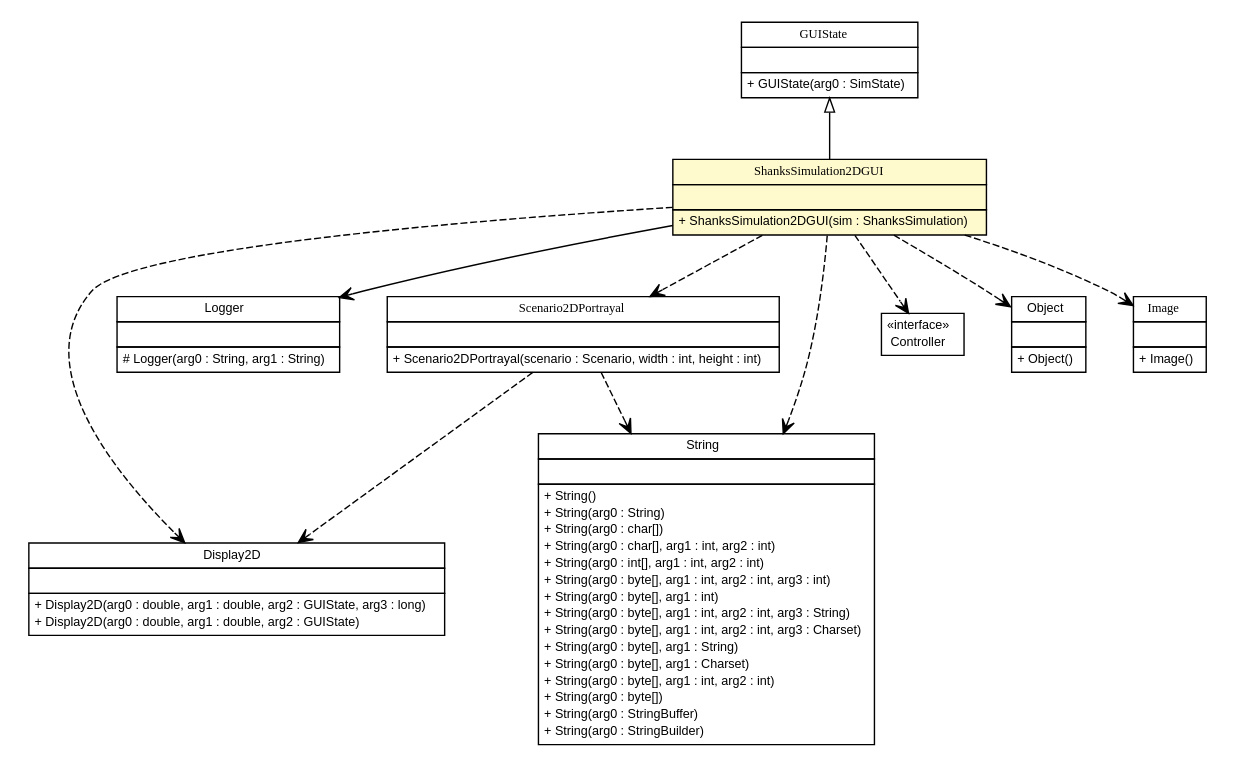
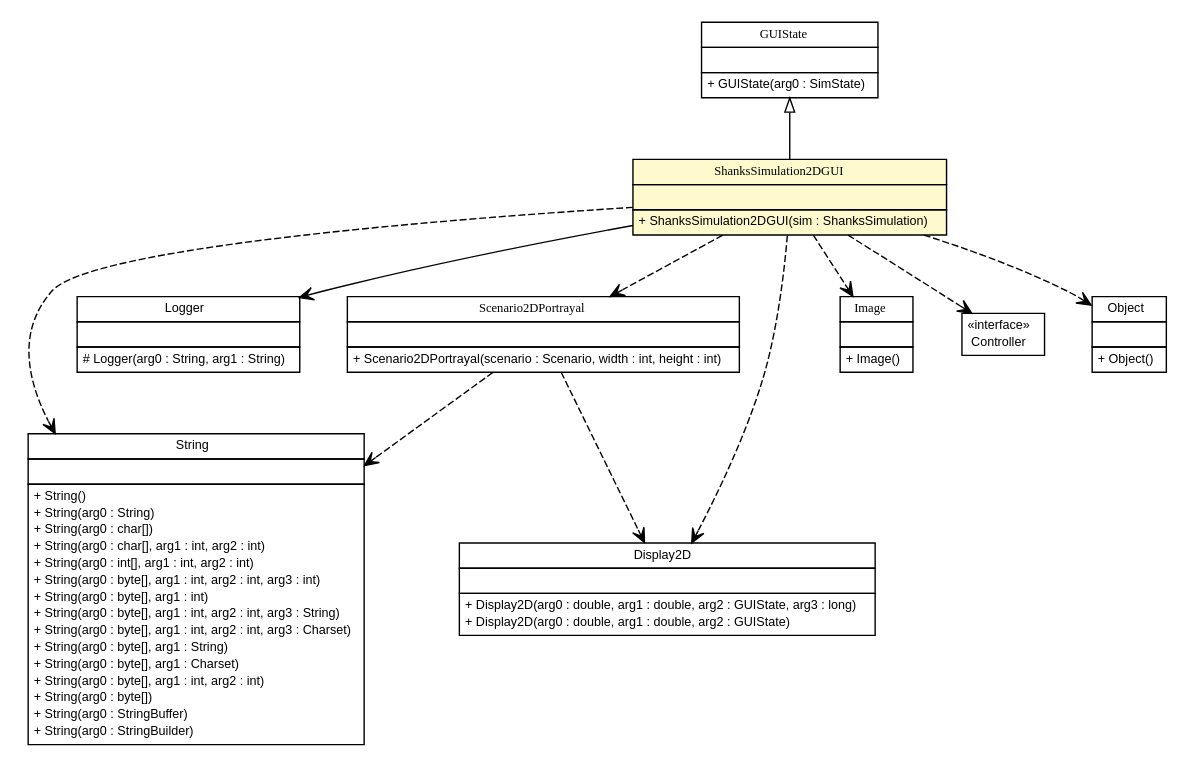
Before and after one commit to gsi-upm/Shanks: the diagram in apidocs/es/upm/dit/gsi/shanks/ShanksSimulation2DGUI.dot, drawn with Graphviz. The commit also changed 897 other files, not shown here.

```diff
--- a/apidocs/es/upm/dit/gsi/shanks/ShanksSimulation2DGUI.dot
+++ b/apidocs/es/upm/dit/gsi/shanks/ShanksSimulation2DGUI.dot
@@ -1,150 +1,150 @@
 #!/usr/local/bin/dot
 #
 # Class diagram 
 # Generated by UMLGraph version 5.1 (http://www.umlgraph.org/)
 #
 
 digraph G {
 	edge [fontname="arial",fontsize=10,labelfontname="arial",labelfontsize=10];
 	node [fontname="arial",fontsize=10,shape=plaintext];
 	nodesep=0.25;
 	ranksep=0.5;
 	// es.upm.dit.gsi.shanks.model.scenario.portrayal.Scenario2DPortrayal
 	c8231 [label=<<table title="es.upm.dit.gsi.shanks.model.scenario.portrayal.Scenario2DPortrayal" border="0" cellborder="1" cellspacing="0" cellpadding="2" port="p" href="./model/scenario/portrayal/Scenario2DPortrayal.html">
 		<tr><td><table border="0" cellspacing="0" cellpadding="1">
 <tr><td align="center" balign="center"><font face="ariali"> Scenario2DPortrayal </font></td></tr>
 		</table></td></tr>
 		<tr><td><table border="0" cellspacing="0" cellpadding="1">
 <tr><td align="left" balign="left">  </td></tr>
 		</table></td></tr>
 		<tr><td><table border="0" cellspacing="0" cellpadding="1">
 <tr><td align="left" balign="left"> + Scenario2DPortrayal(scenario : Scenario, width : int, height : int) </td></tr>
 		</table></td></tr>
 		</table>>, fontname="arial", fontcolor="black", fontsize=9.0];
 	// es.upm.dit.gsi.shanks.ShanksSimulation2DGUI
 	c8245 [label=<<table title="es.upm.dit.gsi.shanks.ShanksSimulation2DGUI" border="0" cellborder="1" cellspacing="0" cellpadding="2" port="p" bgcolor="lemonChiffon" href="./ShanksSimulation2DGUI.html">
 		<tr><td><table border="0" cellspacing="0" cellpadding="1">
 <tr><td align="center" balign="center"><font face="ariali"> ShanksSimulation2DGUI </font></td></tr>
 		</table></td></tr>
 		<tr><td><table border="0" cellspacing="0" cellpadding="1">
 <tr><td align="left" balign="left">  </td></tr>
 		</table></td></tr>
 		<tr><td><table border="0" cellspacing="0" cellpadding="1">
 <tr><td align="left" balign="left"> + ShanksSimulation2DGUI(sim : ShanksSimulation) </td></tr>
 		</table></td></tr>
 		</table>>, fontname="arial", fontcolor="black", fontsize=9.0];
 	//es.upm.dit.gsi.shanks.ShanksSimulation2DGUI extends sim.display.GUIState
 	c8247:p -> c8245:p [dir=back,arrowtail=empty];
 	// es.upm.dit.gsi.shanks.ShanksSimulation2DGUI NAVASSOC java.util.logging.Logger
 	c8245:p -> c8248:p [taillabel="", label="", headlabel="", fontname="arial", fontcolor="black", fontsize=10.0, color="black", arrowhead=open];
+	// es.upm.dit.gsi.shanks.model.scenario.portrayal.Scenario2DPortrayal DEPEND java.lang.String
+	c8231:p -> c8249:p [taillabel="", label="", headlabel="", fontname="arial", fontcolor="black", fontsize=10.0, color="black", arrowhead=open, style=dashed];
 	// es.upm.dit.gsi.shanks.model.scenario.portrayal.Scenario2DPortrayal DEPEND sim.display.Display2D
-	c8231:p -> c8249:p [taillabel="", label="", headlabel="", fontname="arial", fontcolor="black", fontsize=10.0, color="black", arrowhead=open, style=dashed];
-	// es.upm.dit.gsi.shanks.model.scenario.portrayal.Scenario2DPortrayal DEPEND java.lang.String
 	c8231:p -> c8250:p [taillabel="", label="", headlabel="", fontname="arial", fontcolor="black", fontsize=10.0, color="black", arrowhead=open, style=dashed];
+	// es.upm.dit.gsi.shanks.ShanksSimulation2DGUI DEPEND java.awt.Image
+	c8245:p -> c8251:p [taillabel="", label="", headlabel="", fontname="arial", fontcolor="black", fontsize=10.0, color="black", arrowhead=open, style=dashed];
+	// es.upm.dit.gsi.shanks.ShanksSimulation2DGUI DEPEND java.lang.String
+	c8245:p -> c8249:p [taillabel="", label="", headlabel="", fontname="arial", fontcolor="black", fontsize=10.0, color="black", arrowhead=open, style=dashed];
+	// es.upm.dit.gsi.shanks.ShanksSimulation2DGUI DEPEND sim.display.Controller
+	c8245:p -> c8252:p [taillabel="", label="", headlabel="", fontname="arial", fontcolor="black", fontsize=10.0, color="black", arrowhead=open, style=dashed];
+	// es.upm.dit.gsi.shanks.ShanksSimulation2DGUI DEPEND sim.display.Display2D
+	c8245:p -> c8250:p [taillabel="", label="", headlabel="", fontname="arial", fontcolor="black", fontsize=10.0, color="black", arrowhead=open, style=dashed];
 	// es.upm.dit.gsi.shanks.ShanksSimulation2DGUI DEPEND es.upm.dit.gsi.shanks.model.scenario.portrayal.Scenario2DPortrayal
 	c8245:p -> c8231:p [taillabel="", label="", headlabel="", fontname="arial", fontcolor="black", fontsize=10.0, color="black", arrowhead=open, style=dashed];
-	// es.upm.dit.gsi.shanks.ShanksSimulation2DGUI DEPEND sim.display.Controller
-	c8245:p -> c8251:p [taillabel="", label="", headlabel="", fontname="arial", fontcolor="black", fontsize=10.0, color="black", arrowhead=open, style=dashed];
-	// es.upm.dit.gsi.shanks.ShanksSimulation2DGUI DEPEND sim.display.Display2D
-	c8245:p -> c8249:p [taillabel="", label="", headlabel="", fontname="arial", fontcolor="black", fontsize=10.0, color="black", arrowhead=open, style=dashed];
-	// es.upm.dit.gsi.shanks.ShanksSimulation2DGUI DEPEND java.lang.String
-	c8245:p -> c8250:p [taillabel="", label="", headlabel="", fontname="arial", fontcolor="black", fontsize=10.0, color="black", arrowhead=open, style=dashed];
 	// es.upm.dit.gsi.shanks.ShanksSimulation2DGUI DEPEND java.lang.Object
-	c8245:p -> c8252:p [taillabel="", label="", headlabel="", fontname="arial", fontcolor="black", fontsize=10.0, color="black", arrowhead=open, style=dashed];
-	// es.upm.dit.gsi.shanks.ShanksSimulation2DGUI DEPEND java.awt.Image
 	c8245:p -> c8253:p [taillabel="", label="", headlabel="", fontname="arial", fontcolor="black", fontsize=10.0, color="black", arrowhead=open, style=dashed];
 	// sim.display.Display2D
-	c8249 [label=<<table title="sim.display.Display2D" border="0" cellborder="1" cellspacing="0" cellpadding="2" port="p" href="http://java.sun.com/j2se/1.4.2/docs/api/sim/display/Display2D.html">
+	c8250 [label=<<table title="sim.display.Display2D" border="0" cellborder="1" cellspacing="0" cellpadding="2" port="p" href="http://java.sun.com/j2se/1.4.2/docs/api/sim/display/Display2D.html">
 		<tr><td><table border="0" cellspacing="0" cellpadding="1">
 <tr><td align="center" balign="center"> Display2D </td></tr>
 		</table></td></tr>
 		<tr><td><table border="0" cellspacing="0" cellpadding="1">
 <tr><td align="left" balign="left">  </td></tr>
 		</table></td></tr>
 		<tr><td><table border="0" cellspacing="0" cellpadding="1">
 <tr><td align="left" balign="left"> + Display2D(arg0 : double, arg1 : double, arg2 : GUIState, arg3 : long) </td></tr>
 <tr><td align="left" balign="left"> + Display2D(arg0 : double, arg1 : double, arg2 : GUIState) </td></tr>
 		</table></td></tr>
 		</table>>, fontname="arial", fontcolor="black", fontsize=9.0];
 	// java.lang.Object
-	c8252 [label=<<table title="java.lang.Object" border="0" cellborder="1" cellspacing="0" cellpadding="2" port="p" href="http://java.sun.com/j2se/1.4.2/docs/api/java/lang/Object.html">
+	c8253 [label=<<table title="java.lang.Object" border="0" cellborder="1" cellspacing="0" cellpadding="2" port="p" href="http://java.sun.com/j2se/1.4.2/docs/api/java/lang/Object.html">
 		<tr><td><table border="0" cellspacing="0" cellpadding="1">
 <tr><td align="center" balign="center"> Object </td></tr>
 		</table></td></tr>
 		<tr><td><table border="0" cellspacing="0" cellpadding="1">
 <tr><td align="left" balign="left">  </td></tr>
 		</table></td></tr>
 		<tr><td><table border="0" cellspacing="0" cellpadding="1">
 <tr><td align="left" balign="left"> + Object() </td></tr>
 		</table></td></tr>
 		</table>>, fontname="arial", fontcolor="black", fontsize=9.0];
 	// java.awt.Image
-	c8253 [label=<<table title="java.awt.Image" border="0" cellborder="1" cellspacing="0" cellpadding="2" port="p" href="http://java.sun.com/j2se/1.4.2/docs/api/java/awt/Image.html">
+	c8251 [label=<<table title="java.awt.Image" border="0" cellborder="1" cellspacing="0" cellpadding="2" port="p" href="http://java.sun.com/j2se/1.4.2/docs/api/java/awt/Image.html">
 		<tr><td><table border="0" cellspacing="0" cellpadding="1">
 <tr><td align="center" balign="center"><font face="ariali"> Image </font></td></tr>
 		</table></td></tr>
 		<tr><td><table border="0" cellspacing="0" cellpadding="1">
 <tr><td align="left" balign="left">  </td></tr>
 		</table></td></tr>
 		<tr><td><table border="0" cellspacing="0" cellpadding="1">
 <tr><td align="left" balign="left"> + Image() </td></tr>
 		</table></td></tr>
 		</table>>, fontname="arial", fontcolor="black", fontsize=9.0];
 	// sim.display.Controller
-	c8251 [label=<<table title="sim.display.Controller" border="0" cellborder="1" cellspacing="0" cellpadding="2" port="p" href="http://java.sun.com/j2se/1.4.2/docs/api/sim/display/Controller.html">
+	c8252 [label=<<table title="sim.display.Controller" border="0" cellborder="1" cellspacing="0" cellpadding="2" port="p" href="http://java.sun.com/j2se/1.4.2/docs/api/sim/display/Controller.html">
 		<tr><td><table border="0" cellspacing="0" cellpadding="1">
 <tr><td align="center" balign="center"> &#171;interface&#187; </td></tr>
 <tr><td align="center" balign="center"> Controller </td></tr>
 		</table></td></tr>
 		</table>>, fontname="arial", fontcolor="black", fontsize=9.0];
 	// java.lang.String
-	c8250 [label=<<table title="java.lang.String" border="0" cellborder="1" cellspacing="0" cellpadding="2" port="p" href="http://java.sun.com/j2se/1.4.2/docs/api/java/lang/String.html">
+	c8249 [label=<<table title="java.lang.String" border="0" cellborder="1" cellspacing="0" cellpadding="2" port="p" href="http://java.sun.com/j2se/1.4.2/docs/api/java/lang/String.html">
 		<tr><td><table border="0" cellspacing="0" cellpadding="1">
 <tr><td align="center" balign="center"> String </td></tr>
 		</table></td></tr>
 		<tr><td><table border="0" cellspacing="0" cellpadding="1">
 <tr><td align="left" balign="left">  </td></tr>
 		</table></td></tr>
 		<tr><td><table border="0" cellspacing="0" cellpadding="1">
 <tr><td align="left" balign="left"> + String() </td></tr>
 <tr><td align="left" balign="left"> + String(arg0 : String) </td></tr>
 <tr><td align="left" balign="left"> + String(arg0 : char[]) </td></tr>
 <tr><td align="left" balign="left"> + String(arg0 : char[], arg1 : int, arg2 : int) </td></tr>
 <tr><td align="left" balign="left"> + String(arg0 : int[], arg1 : int, arg2 : int) </td></tr>
 <tr><td align="left" balign="left"> + String(arg0 : byte[], arg1 : int, arg2 : int, arg3 : int) </td></tr>
 <tr><td align="left" balign="left"> + String(arg0 : byte[], arg1 : int) </td></tr>
 <tr><td align="left" balign="left"> + String(arg0 : byte[], arg1 : int, arg2 : int, arg3 : String) </td></tr>
 <tr><td align="left" balign="left"> + String(arg0 : byte[], arg1 : int, arg2 : int, arg3 : Charset) </td></tr>
 <tr><td align="left" balign="left"> + String(arg0 : byte[], arg1 : String) </td></tr>
 <tr><td align="left" balign="left"> + String(arg0 : byte[], arg1 : Charset) </td></tr>
 <tr><td align="left" balign="left"> + String(arg0 : byte[], arg1 : int, arg2 : int) </td></tr>
 <tr><td align="left" balign="left"> + String(arg0 : byte[]) </td></tr>
 <tr><td align="left" balign="left"> + String(arg0 : StringBuffer) </td></tr>
 <tr><td align="left" balign="left"> + String(arg0 : StringBuilder) </td></tr>
 		</table></td></tr>
 		</table>>, fontname="arial", fontcolor="black", fontsize=9.0];
 	// java.util.logging.Logger
 	c8248 [label=<<table title="java.util.logging.Logger" border="0" cellborder="1" cellspacing="0" cellpadding="2" port="p" href="http://java.sun.com/j2se/1.4.2/docs/api/java/util/logging/Logger.html">
 		<tr><td><table border="0" cellspacing="0" cellpadding="1">
 <tr><td align="center" balign="center"> Logger </td></tr>
 		</table></td></tr>
 		<tr><td><table border="0" cellspacing="0" cellpadding="1">
 <tr><td align="left" balign="left">  </td></tr>
 		</table></td></tr>
 		<tr><td><table border="0" cellspacing="0" cellpadding="1">
 <tr><td align="left" balign="left"> # Logger(arg0 : String, arg1 : String) </td></tr>
 		</table></td></tr>
 		</table>>, fontname="arial", fontcolor="black", fontsize=9.0];
 	// sim.display.GUIState
 	c8247 [label=<<table title="sim.display.GUIState" border="0" cellborder="1" cellspacing="0" cellpadding="2" port="p" href="http://java.sun.com/j2se/1.4.2/docs/api/sim/display/GUIState.html">
 		<tr><td><table border="0" cellspacing="0" cellpadding="1">
 <tr><td align="center" balign="center"><font face="ariali"> GUIState </font></td></tr>
 		</table></td></tr>
 		<tr><td><table border="0" cellspacing="0" cellpadding="1">
 <tr><td align="left" balign="left">  </td></tr>
 		</table></td></tr>
 		<tr><td><table border="0" cellspacing="0" cellpadding="1">
 <tr><td align="left" balign="left"> + GUIState(arg0 : SimState) </td></tr>
 		</table></td></tr>
 		</table>>, fontname="arial", fontcolor="black", fontsize=9.0];
 }
```
